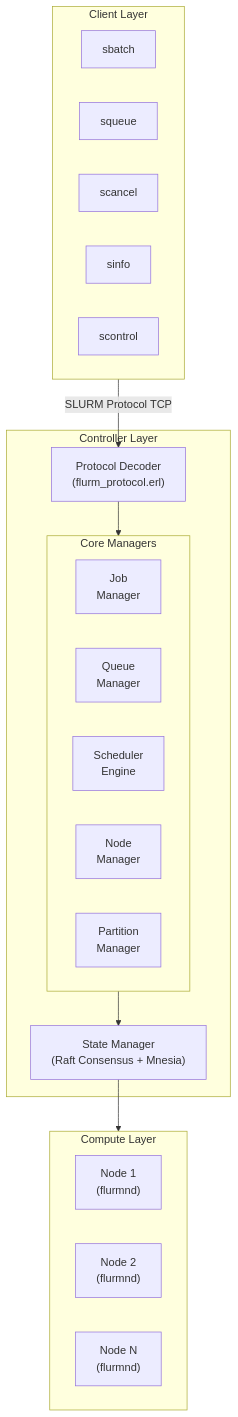
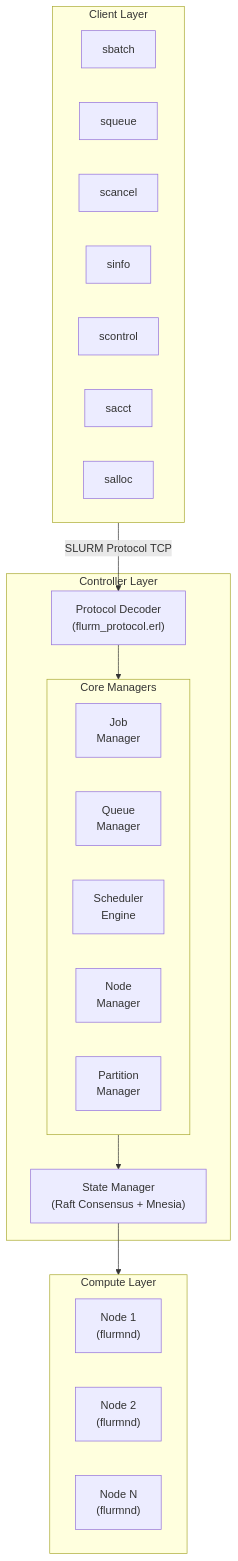
The diagram in README.md (zoratu/flurm), drawn with Mermaid before and after one commit. The commit also changed other lines of this file and 1 other file, not shown here.

````diff
--- a/README.md
+++ b/README.md
@@ -119,35 +119,37 @@
 ```mermaid
 flowchart TB
     subgraph Clients["Client Layer"]
         sbatch
         squeue
         scancel
         sinfo
         scontrol
+        sacct
+        salloc
     end
 
     subgraph Controller["Controller Layer"]
         Protocol["Protocol Decoder<br/>(flurm_protocol.erl)"]
 
         subgraph Managers["Core Managers"]
             Job["Job<br/>Manager"]
             Queue["Queue<br/>Manager"]
             Sched["Scheduler<br/>Engine"]
             Node["Node<br/>Manager"]
             Part["Partition<br/>Manager"]
         end
 
         State["State Manager<br/>(Raft Consensus + Mnesia)"]
     end
 
     subgraph Compute["Compute Layer"]
         N1["Node 1<br/>(flurmnd)"]
         N2["Node 2<br/>(flurmnd)"]
         NN["Node N<br/>(flurmnd)"]
     end
 
     Clients -->|SLURM Protocol TCP| Protocol
     Protocol --> Managers
     Managers --> State
     State --> Compute
 ```
````
